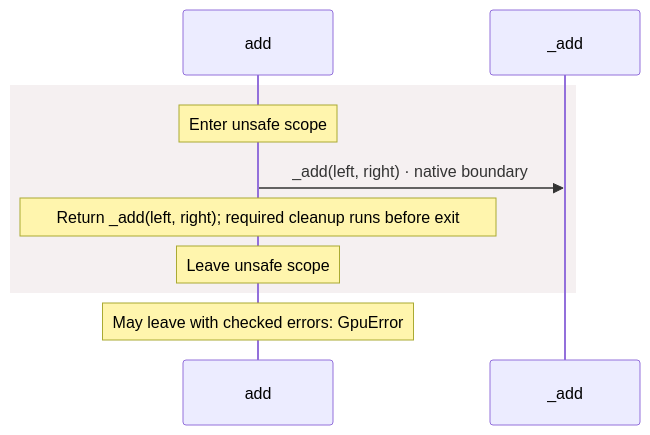
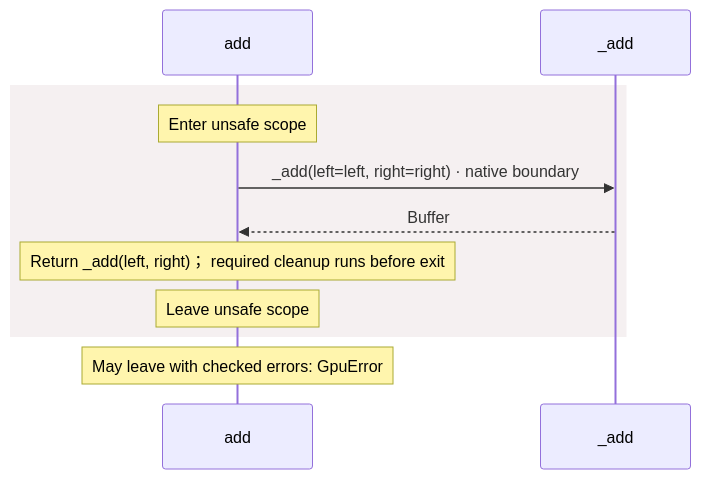
The fourth of 5 diagrams in docs/examples/native-gpu/dependencies/packages/@greenpandastudios/aug-gpu/0.1.1/api-diagrams.md (GreenPandaStudios/augscript), drawn with Mermaid before and after one commit. The commit also changed other lines of this file and 524 other files, not shown here.

Commit message:
Explain checked data flow at folder and service levels

````diff
--- a/docs/examples/native-gpu/dependencies/packages/@greenpandastudios/aug-gpu/0.1.1/api-diagrams.md
+++ b/docs/examples/native-gpu/dependencies/packages/@greenpandastudios/aug-gpu/0.1.1/api-diagrams.md
@@ -157,12 +128,13 @@
 ```mermaid
 sequenceDiagram
     participant p0 as add
     participant p1 as _add
     rect rgb(245, 240, 241)
     Note over p0: Enter unsafe scope
-    p0->>p1: _add(left, right) · native boundary
-    Note over p0: Return _add(left, right)#59; required cleanup runs before exit
+    p0->>p1: _add(left=left, right=right) · native boundary
+    p1-->>p0: Buffer
+    Note over p0: Return _add(left, right)； required cleanup runs before exit
     Note over p0: Leave unsafe scope
     end
     Note over p0: May leave with checked errors: GpuError
 ```
````
